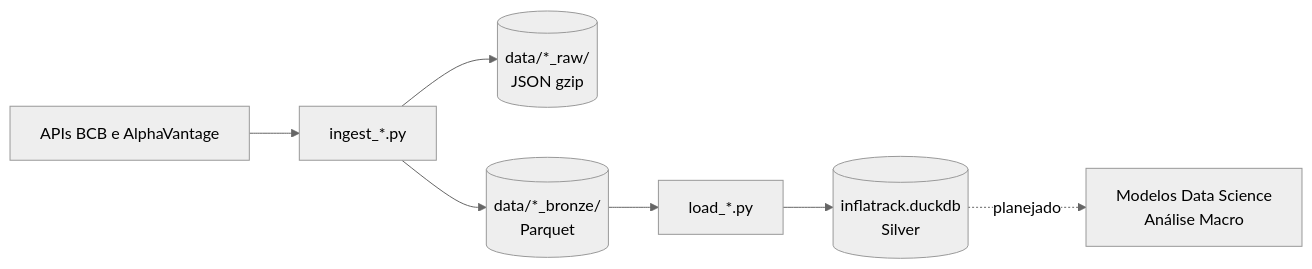
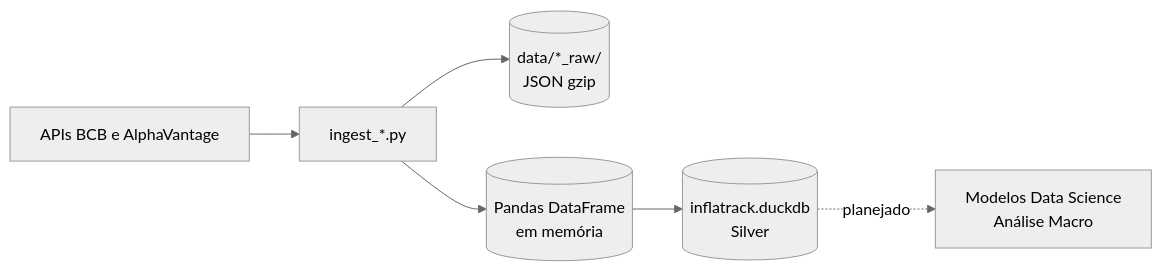
Before and after one commit to Bappoz/inflatrack: the diagram in docs/pipeline/pipelineMacro.md, drawn with Mermaid (neutral theme). The commit also changed other lines of this file and 4 other files, not shown here.

````diff
--- a/docs/pipeline/pipelineMacro.md
+++ b/docs/pipeline/pipelineMacro.md
@@ -9,9 +9,8 @@
 ```mermaid
 flowchart LR
     A[APIs BCB e AlphaVantage] --> B[ingest_*.py]
     B --> C[(data/*_raw/<br/>JSON gzip)]
-    B --> D[(data/*_bronze/<br/>Parquet)]
-    D --> E[load_*.py]
-    E --> F[(inflatrack.duckdb<br/>Silver)]
+    B --> D[(Pandas DataFrame<br/>em memória)]
+    D --> F[(inflatrack.duckdb<br/>Silver)]
     F -. planejado .-> G[Modelos Data Science<br/>Análise Macro]
 ```
````
